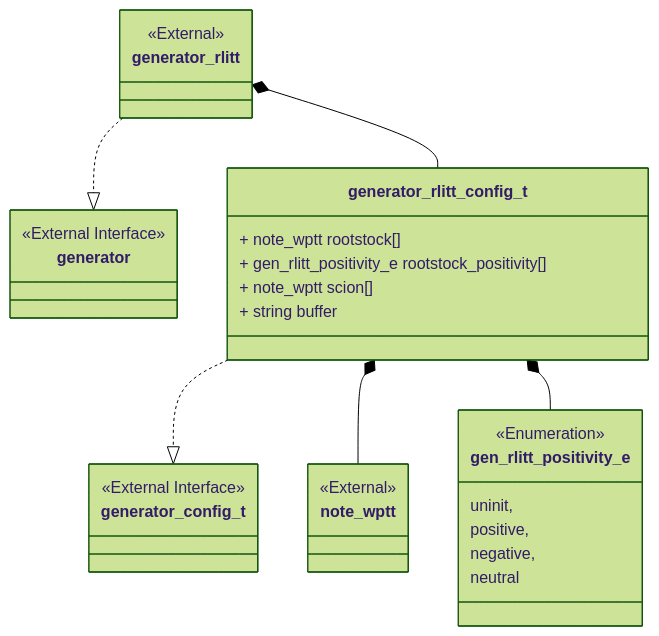
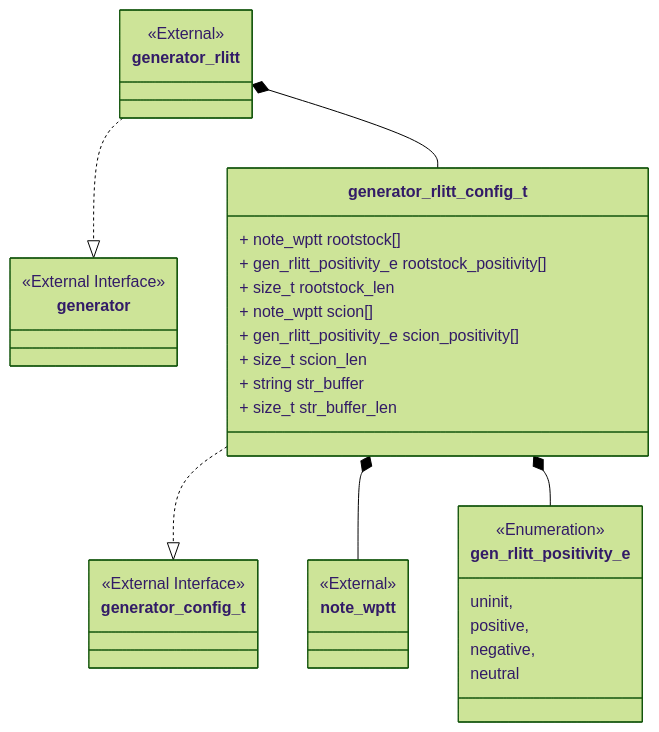
One commit to Joecstarr/thesis changed the first of 3 diagrams in sections/software/documentation/generators/arborescent.md. Above: the diagram before and after it, drawn with Mermaid (forest theme). The commit also changed other lines of this file and 5 other files, not shown here.

````diff
--- a/sections/software/documentation/generators/arborescent.md
+++ b/sections/software/documentation/generators/arborescent.md
@@ -8,42 +8,46 @@
 ```mermaid
 classDiagram
     generator_rlitt ..|> generator
     generator_rlitt_config_t ..|> generator_config_t
     generator_rlitt_config_t *-- note_wptt
     generator_rlitt_config_t *-- gen_rlitt_positivity_e
     generator_rlitt *-- generator_rlitt_config_t
 
     class generator {
         <<External Interface>>
     }
 
     class generator_rlitt {
 <<External>>
 }
 
 class gen_rlitt_positivity_e {
     <<Enumeration>>
     uninit,
     positive,
     negative,
     neutral
 }
 
 class generator_rlitt_config_t {
 
 + note_wptt rootstock[]
 + gen_rlitt_positivity_e rootstock_positivity[]
++ size_t rootstock_len
 + note_wptt scion[]
-+ string buffer
++ gen_rlitt_positivity_e scion_positivity[]
++ size_t scion_len
++ string str_buffer
++ size_t str_buffer_len
 }
 
 class generator_config_t {
 <<External Interface>>
 
 }
 
 class note_wptt {
 <<External>>
 }
 
 ```
````
